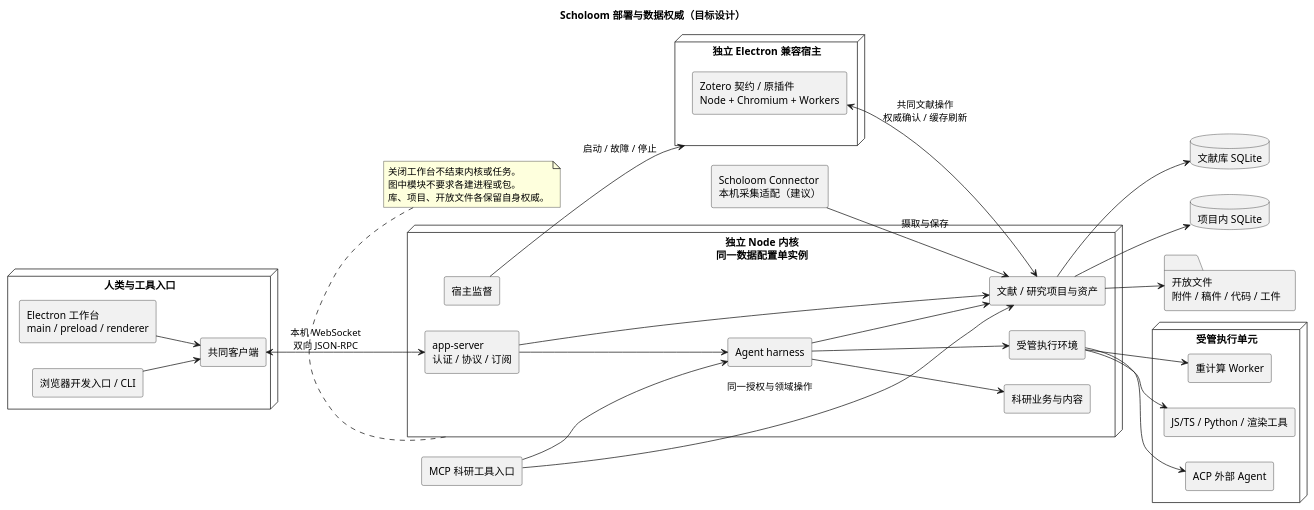
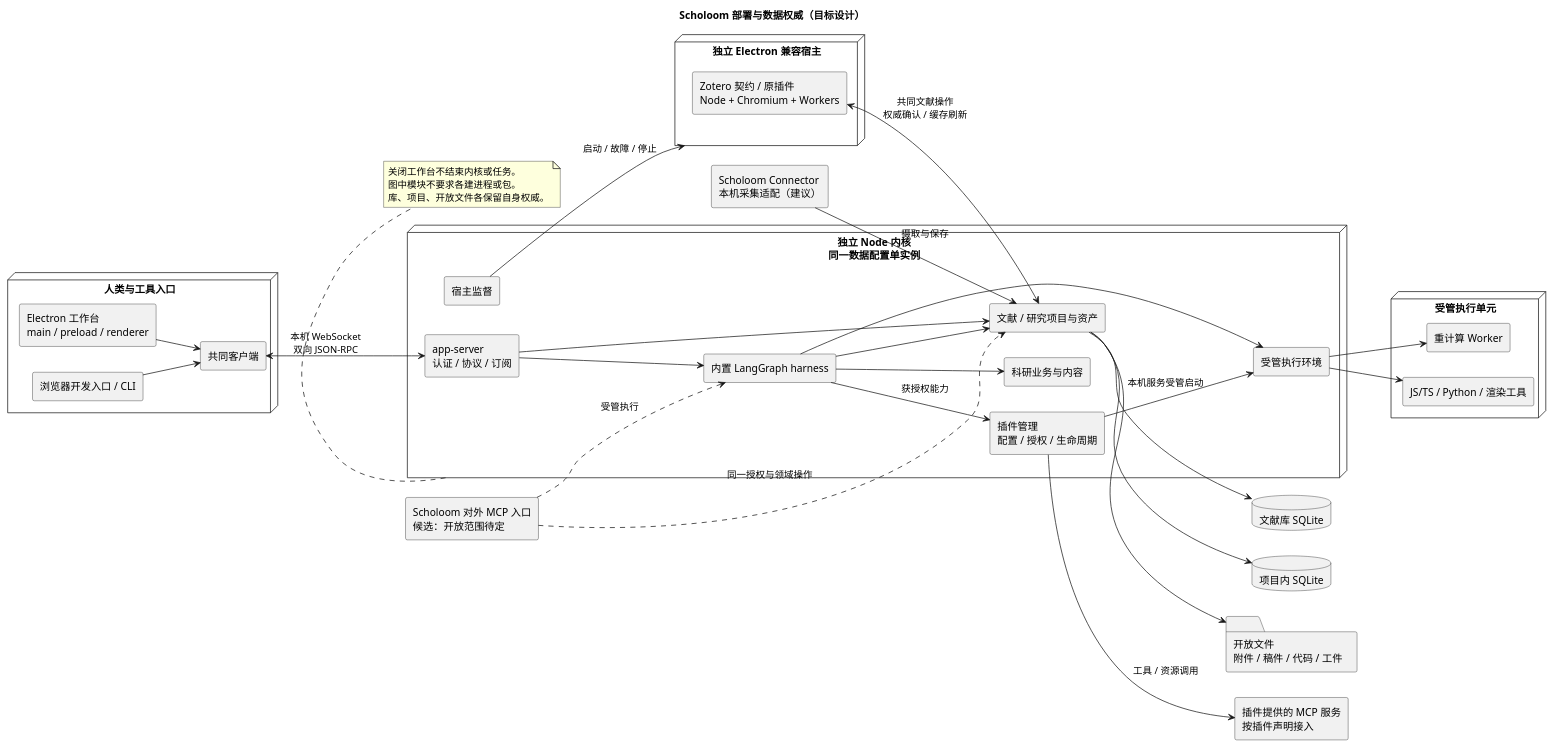
The diagram in docs/diagrams/deployment.puml (leike0813/Scholoom), drawn with PlantUML before and after one commit. The commit also changed 24 other files, not shown here.

```diff
--- a/docs/diagrams/deployment.puml
+++ b/docs/diagrams/deployment.puml
@@ -1,57 +1,60 @@
 @startuml
 title Scholoom 部署与数据权威（目标设计）
 skinparam defaultFontName Microsoft YaHei
 skinparam shadowing false
 skinparam componentStyle rectangle
 left to right direction
 node "人类与工具入口" {
   component "Electron 工作台\nmain / preload / renderer" as Desktop
   component "浏览器开发入口 / CLI" as Clients
   component "共同客户端" as Client
   Desktop --> Client
   Clients --> Client
 }
 node "独立 Node 内核\n同一数据配置单实例" as Kernel {
   component "app-server\n认证 / 协议 / 订阅" as Server
   component "文献 / 研究项目与资产" as Domain
   component "科研业务与内容" as Content
-  component "Agent harness" as Harness
+  component "内置 LangGraph harness" as Harness
+  component "插件管理\n配置 / 授权 / 生命周期" as PluginManager
   component "受管执行环境" as Runtime
   component "宿主监督" as Supervisor
   Server --> Domain
   Server --> Harness
   Harness --> Content
   Harness --> Domain
   Harness --> Runtime
+  Harness --> PluginManager : 获授权能力
 }
 Client <--> Server : 本机 WebSocket\n双向 JSON-RPC
 node "独立 Electron 兼容宿主" as Host {
   component "Zotero 契约 / 原插件\nNode + Chromium + Workers" as Plugins
 }
 node "受管执行单元" {
   component "重计算 Worker" as Worker
   component "JS/TS / Python / 渲染工具" as Processes
-  component "ACP 外部 Agent" as ExternalAgent
 }
 Runtime --> Worker
 Runtime --> Processes
-Runtime --> ExternalAgent
+component "插件提供的 MCP 服务\n按插件声明接入" as PluginMCP
+PluginManager --> PluginMCP : 工具 / 资源调用
+PluginManager --> Runtime : 本机服务受管启动
 Supervisor --> Host : 启动 / 故障 / 停止
 Plugins <--> Domain : 共同文献操作\n权威确认 / 缓存刷新
 database "文献库 SQLite" as LibraryDB
 database "项目内 SQLite" as ProjectDB
 folder "开放文件\n附件 / 稿件 / 代码 / 工件" as Files
 Domain --> LibraryDB
 Domain --> ProjectDB
 Domain --> Files
 component "Scholoom Connector\n本机采集适配（建议）" as Connector
 Connector --> Domain : 摄取与保存
-component "MCP 科研工具入口" as MCP
-MCP --> Domain : 同一授权与领域操作
-MCP --> Harness
+component "Scholoom 对外 MCP 入口\n候选：开放范围待定" as MCP
+MCP ..> Domain : 同一授权与领域操作
+MCP ..> Harness : 受管执行
 note bottom of Kernel
   关闭工作台不结束内核或任务。
   图中模块不要求各建进程或包。
   库、项目、开放文件各保留自身权威。
 end note
 @enduml
```
